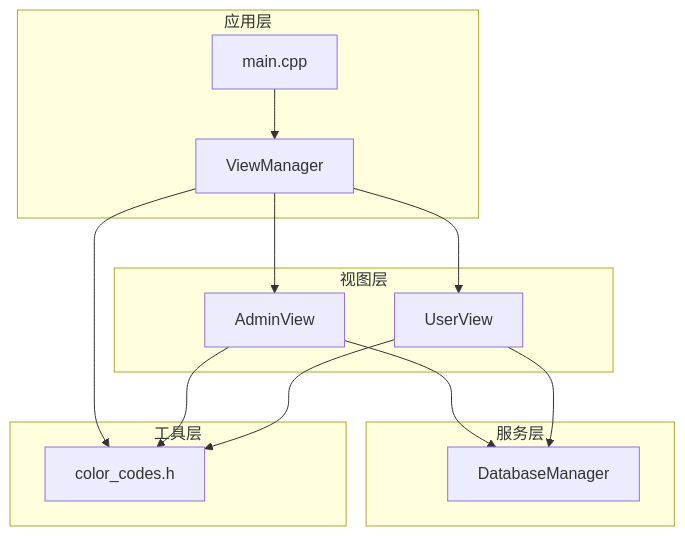
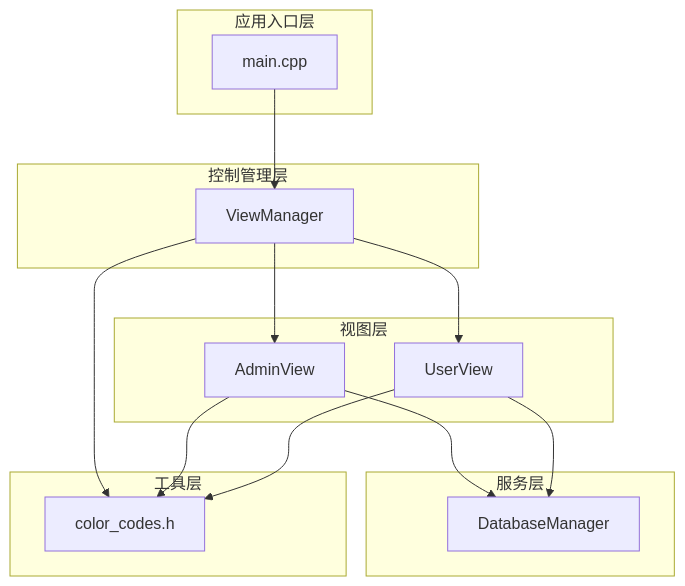
The first of 12 diagrams in .qoder/repowiki/zh/content/界面交互与美化.md (jinpeng900/OJ-Test), drawn with Mermaid before and after one commit. The commit also changed other lines of this file and 44 other files, not shown here.

````diff
--- a/.qoder/repowiki/zh/content/界面交互与美化.md
+++ b/.qoder/repowiki/zh/content/界面交互与美化.md
@@ -38,25 +44,27 @@
 ```mermaid
 graph TB
-subgraph "应用层"
+subgraph "应用入口层"
 Main[main.cpp]
+end
+subgraph "控制管理层"
 VM[ViewManager]
 end
 subgraph "视图层"
 AV[AdminView]
 UV[UserView]
 end
 subgraph "服务层"
-DM[DatabaseManager]
+DB[DatabaseManager]
 end
 subgraph "工具层"
 CC[color_codes.h]
 end
 Main --> VM
 VM --> AV
 VM --> UV
-AV --> DM
-UV --> DM
+AV --> DB
+UV --> DB
 VM --> CC
 AV --> CC
 UV --> CC
 ```
````
